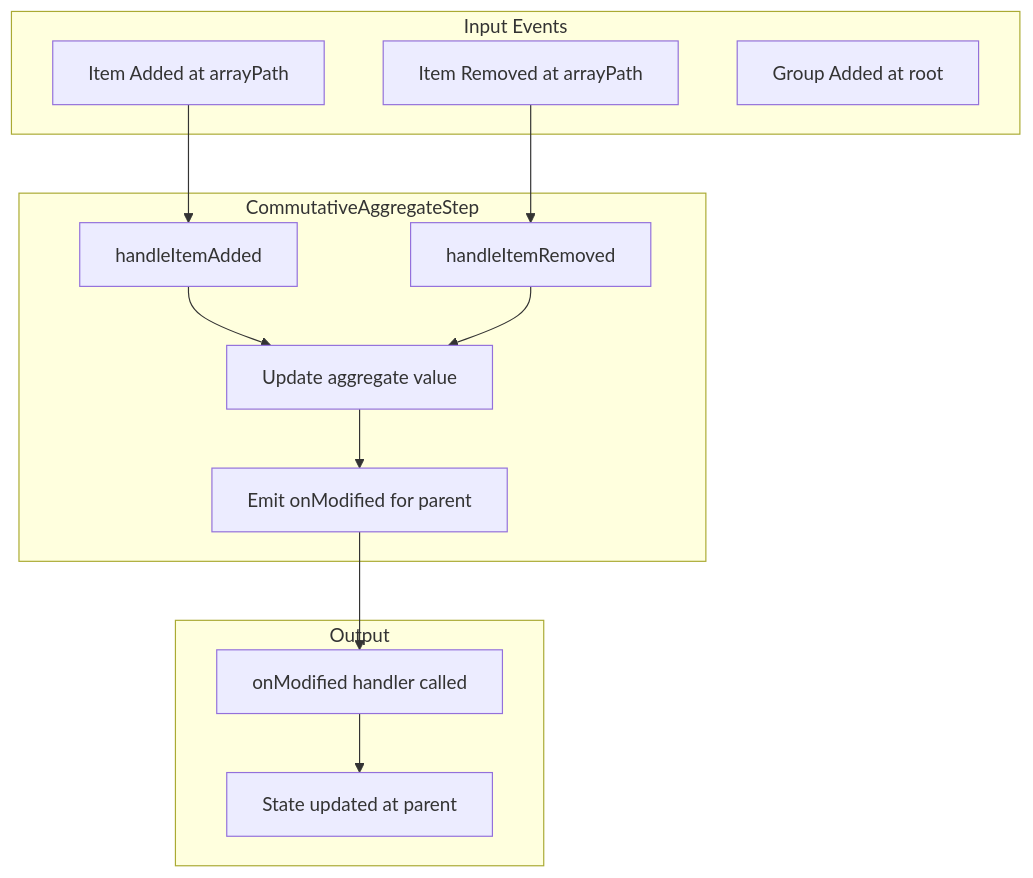
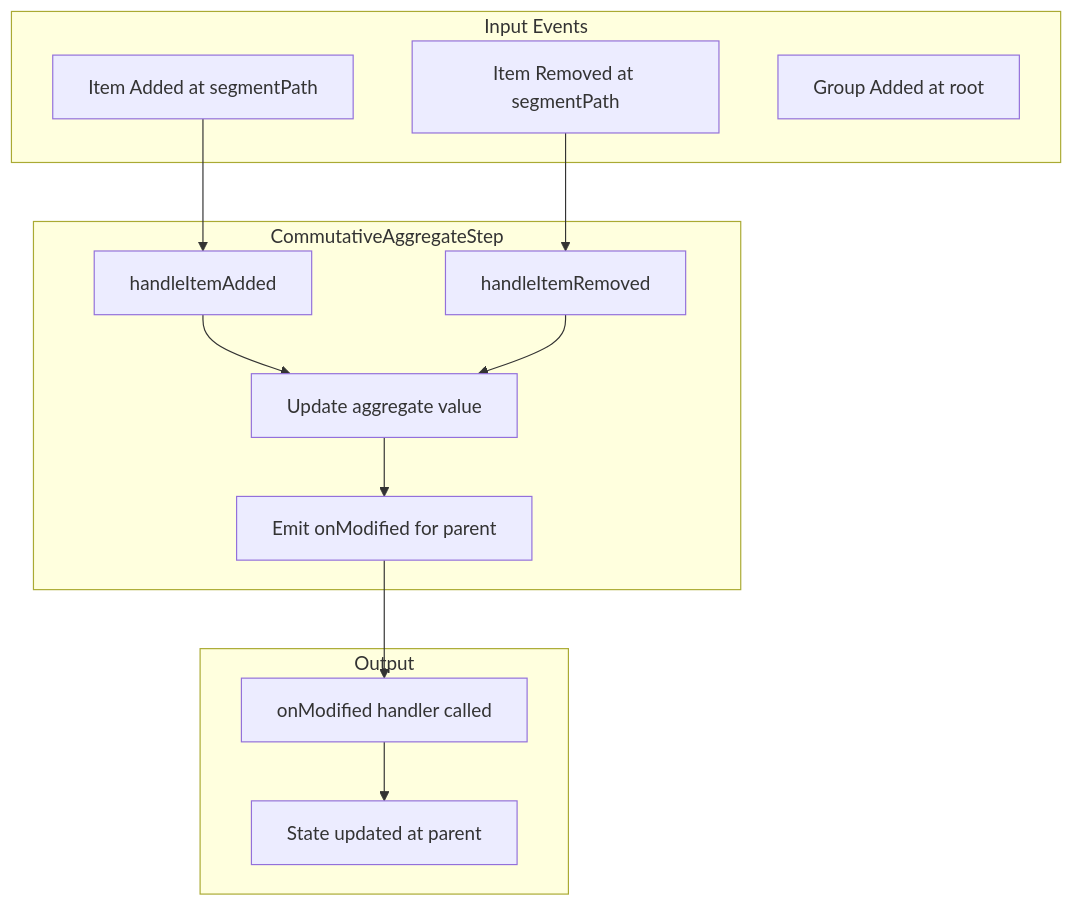
The first of 2 diagrams in docs/commutative-aggregate-architecture-analysis.md (michaellperry/aggregator-toy), drawn with Mermaid before and after one commit. The commit also changed other lines of this file and 20 other files, not shown here.

````diff
--- a/docs/commutative-aggregate-architecture-analysis.md
+++ b/docs/commutative-aggregate-architecture-analysis.md
@@ -331,28 +331,28 @@
 ```mermaid
 flowchart TD
     subgraph Input Events
-        IA[Item Added at arrayPath]
-        IR[Item Removed at arrayPath]
+        IA[Item Added at segmentPath]
+        IR[Item Removed at segmentPath]
         GA[Group Added at root]
     end
     
     subgraph CommutativeAggregateStep
         HA[handleItemAdded]
         HR[handleItemRemoved]
         UPD[Update aggregate value]
         EMT[Emit onModified for parent]
     end
     
     subgraph Output
         MOD[onModified handler called]
         STATE[State updated at parent]
     end
     
     IA --> HA
     IR --> HR
     HA --> UPD
     HR --> UPD
     UPD --> EMT
     EMT --> MOD
     MOD --> STATE
 ```
````
